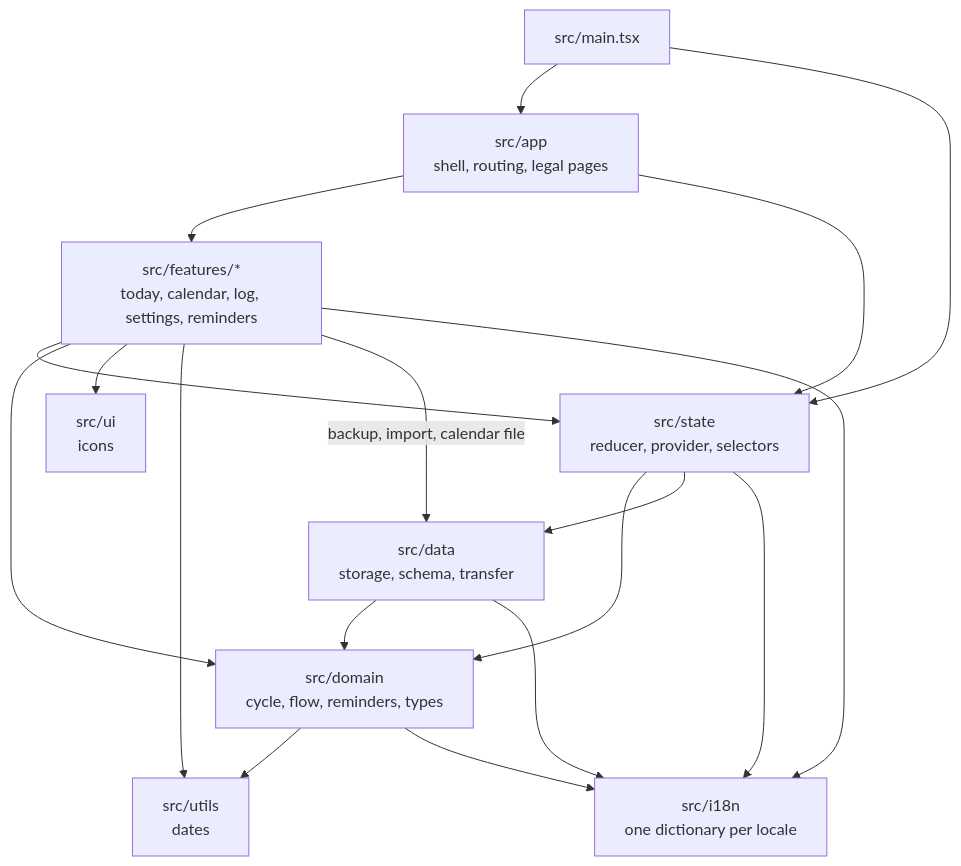
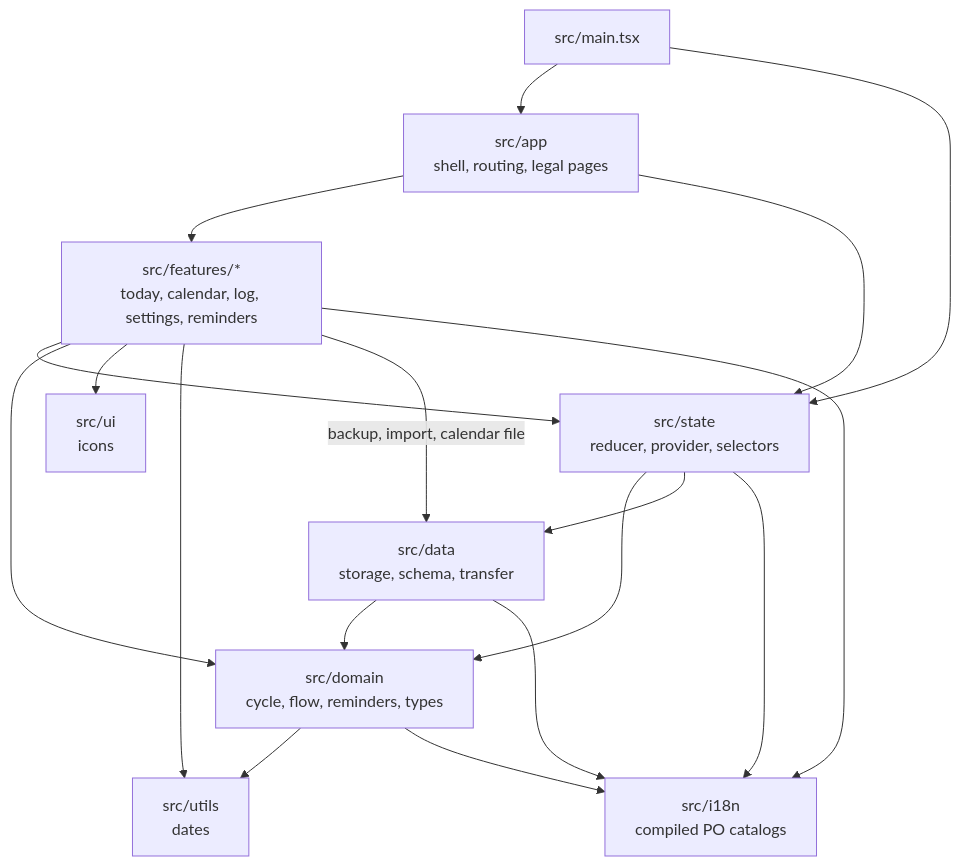
Before and after one commit to simonvanlierde/tide: the diagram in docs/architecture.md, drawn with Mermaid. The commit also changed other lines of this file and 48 other files, not shown here.

````diff
--- a/docs/architecture.md
+++ b/docs/architecture.md
@@ -11,13 +11,13 @@
 ```mermaid
 flowchart TD
   main["src/main.tsx"] --> app & state
   app["src/app<br/>shell, routing, legal pages"] --> features & state
   features["src/features/*<br/>today, calendar, log, settings, reminders"] --> state & domain & ui & utils
   features -- "backup, import, calendar file" --> data
   state["src/state<br/>reducer, provider, selectors"] --> domain & data
   data["src/data<br/>storage, schema, transfer"] --> domain
   domain["src/domain<br/>cycle, flow, reminders, types"] --> utils["src/utils<br/>dates"]
-  i18n["src/i18n<br/>one dictionary per locale"]
+  i18n["src/i18n<br/>compiled PO catalogs"]
   ui["src/ui<br/>icons"]
   state & features & domain & data --> i18n
 ```
````
